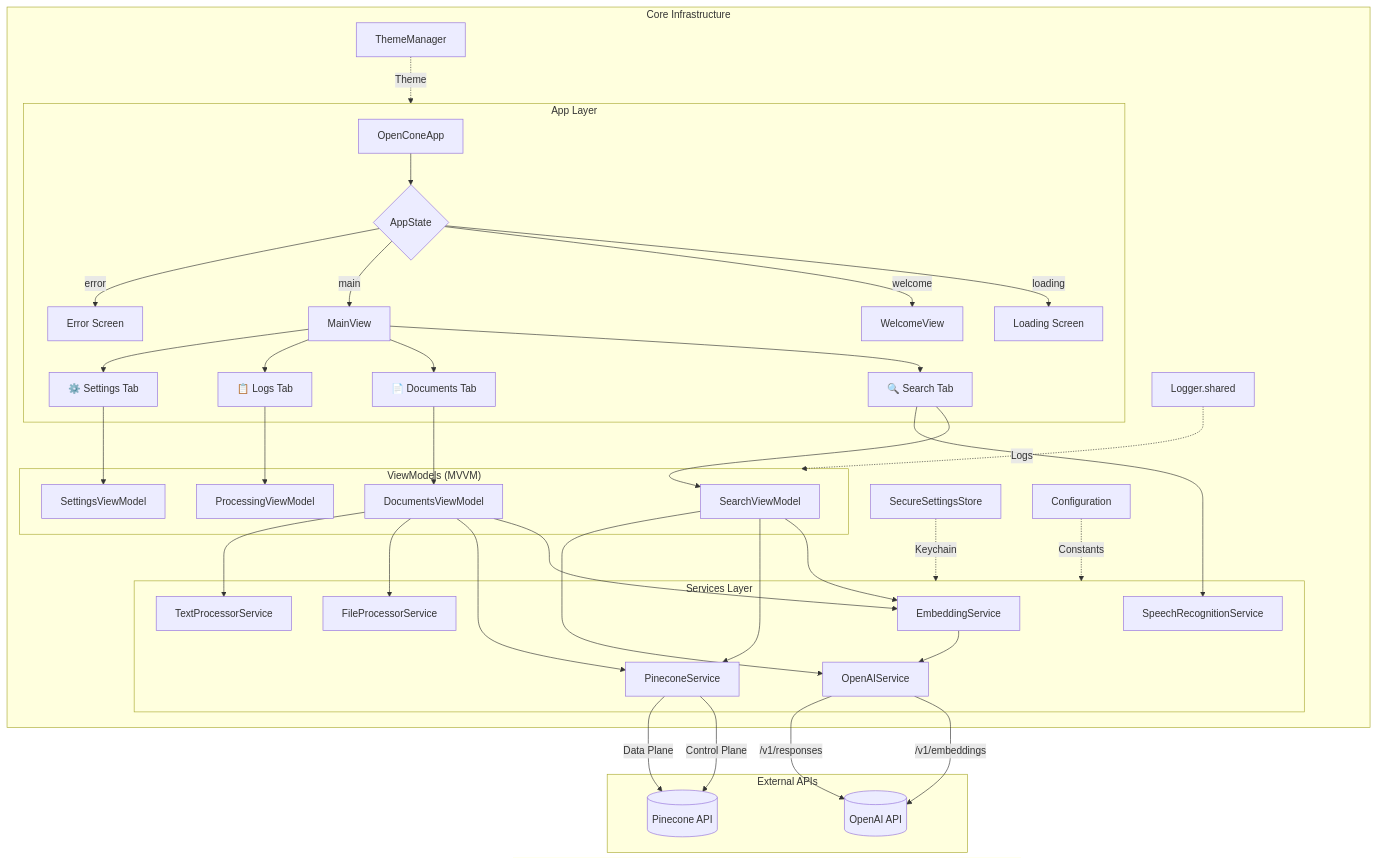
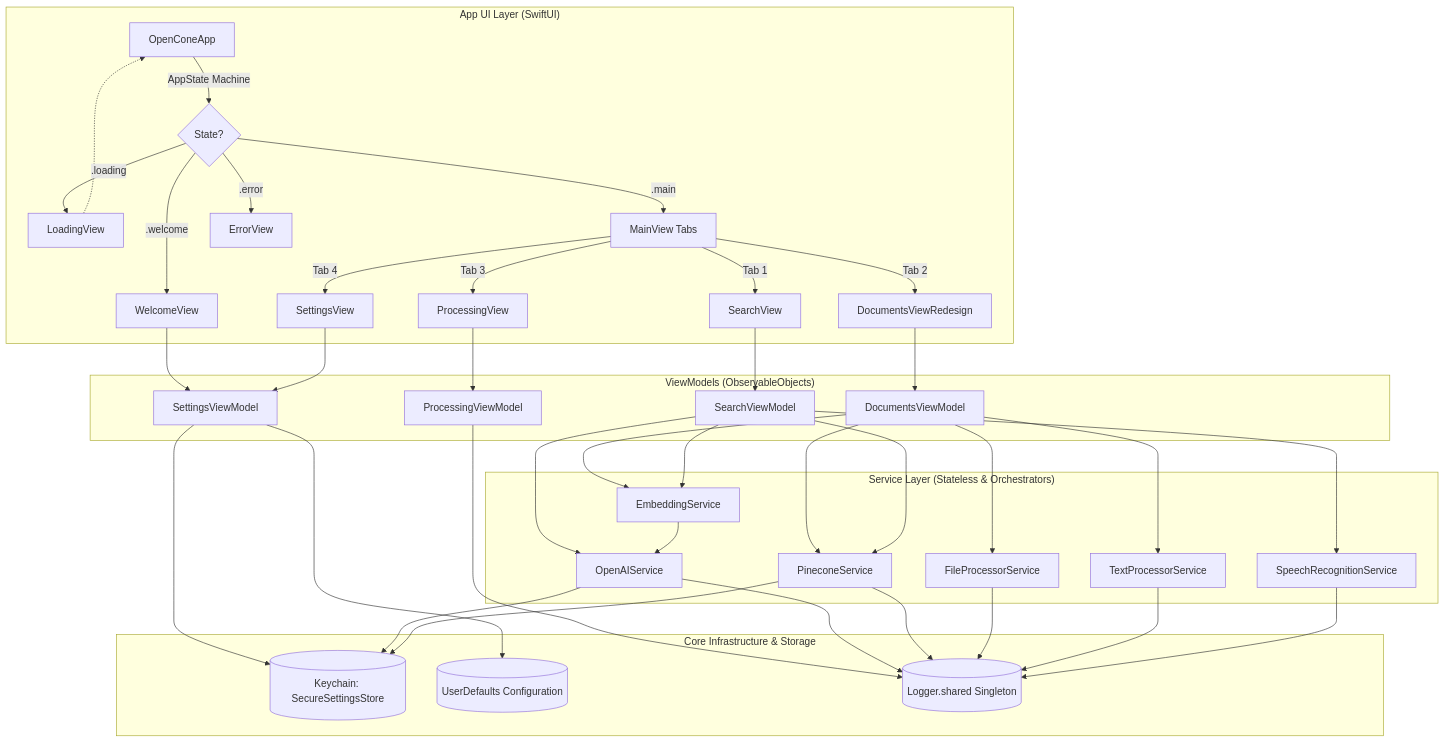
One commit to Gunnarguy/OpenCone changed the diagram in ARCHITECTURE.md. Above: the diagram before and after it, drawn with Mermaid. The commit also changed other lines of this file and 11 other files, not shown here.

````diff
--- a/ARCHITECTURE.md
+++ b/ARCHITECTURE.md
@@ -9,45 +22,57 @@
 ```mermaid
-flowchart TB
-    subgraph App["App Layer"]
-        OCA[OpenConeApp] --> AS{AppState}
-        AS -->|loading| LS[Loading Screen]
-        AS -->|welcome| WV[WelcomeView]
-        AS -->|main| MV[MainView]
-        AS -->|error| EV[Error Screen]
-        MV --> T1[🔍 Search Tab]
-        MV --> T2[📄 Documents Tab]
-        MV --> T3[📋 Logs Tab]
-        MV --> T4[⚙️ Settings Tab]
+flowchart TD
+    subgraph UI["App UI Layer (SwiftUI)"]
+        APP[OpenConeApp] -->|AppState Machine| AS{State?}
+        AS -->|.loading| LV[LoadingView]
+        AS -->|.welcome| WV[WelcomeView]
+        AS -->|.main| MV[MainView Tabs]
+        AS -->|.error| EV[ErrorView]
+
+        MV -->|Tab 1| SV[SearchView]
+        MV -->|Tab 2| DV[DocumentsViewRedesign]
+        MV -->|Tab 3| PV[ProcessingView]
+        MV -->|Tab 4| SetV[SettingsView]
     end
 
-    subgraph ViewModels["ViewModels (MVVM)"]
-        T1 --> SVM[SearchViewModel]
-        T2 --> DVM[DocumentsViewModel]
-        T3 --> PVM[ProcessingViewModel]
-        T4 --> STVM[SettingsViewModel]
+    subgraph MVVM["ViewModels (ObservableObjects)"]
+        SVM[SearchViewModel]
+        DVM[DocumentsViewModel]
+        PVM[ProcessingViewModel]
+        SetVM[SettingsViewModel]
     end
 
-    subgraph Services["Services Layer"]
-        SVM & DVM --> ES[EmbeddingService]
-        SVM & DVM --> PS[PineconeService]
-        SVM --> OAS[OpenAIService]
-        DVM --> FPS[FileProcessorService]
-        DVM --> TPS[TextProcessorService]
-        ES --> OAS
-        T1 --> SRS[SpeechRecognitionService]
+    subgraph ServiceLayer["Service Layer (Stateless & Orchestrators)"]
+        FPS[FileProcessorService]
+        TPS[TextProcessorService]
+        EMS[EmbeddingService]
+        OAS[OpenAIService]
+        PCS[PineconeService]
+        SRS[SpeechRecognitionService]
     end
 
-    subgraph External["External APIs"]
-        OAS -->|/v1/embeddings| OAI[(OpenAI API)]
-        OAS -->|/v1/responses| OAI
-        PS -->|Control Plane| PC[(Pinecone API)]
-        PS -->|Data Plane| PC
+    subgraph Infrastructure["Core Infrastructure & Storage"]
+        SEC[(Keychain: SecureSettingsStore)]
+        UD[(UserDefaults Configuration)]
+        LOG[(Logger.shared Singleton)]
     end
 
-    subgraph Core["Core Infrastructure"]
-        SSS[SecureSettingsStore] -.->|Keychain| Services
-        LOG[Logger.shared] -.->|Logs| ViewModels
-        CFG[Configuration] -.->|Constants| Services
-        TM[ThemeManager] -.->|Theme| App
-    end
+    %% Wiring
+    LV -.-> APP
+    WV --> SetVM
+    DV --> DVM
+    SV --> SVM
+    PV --> PVM
+    SetV --> SetVM
+
+    DVM --> FPS & TPS & EMS & PCS
+    SVM --> EMS & PCS & OAS & SRS
+    SetVM --> SEC & UD
+    PVM --> LOG
+
+    EMS --> OAS
+    OAS --> SEC & LOG
+    PCS --> SEC & LOG
+    FPS --> LOG
+    TPS --> LOG
+    SRS --> LOG
 ```
````
